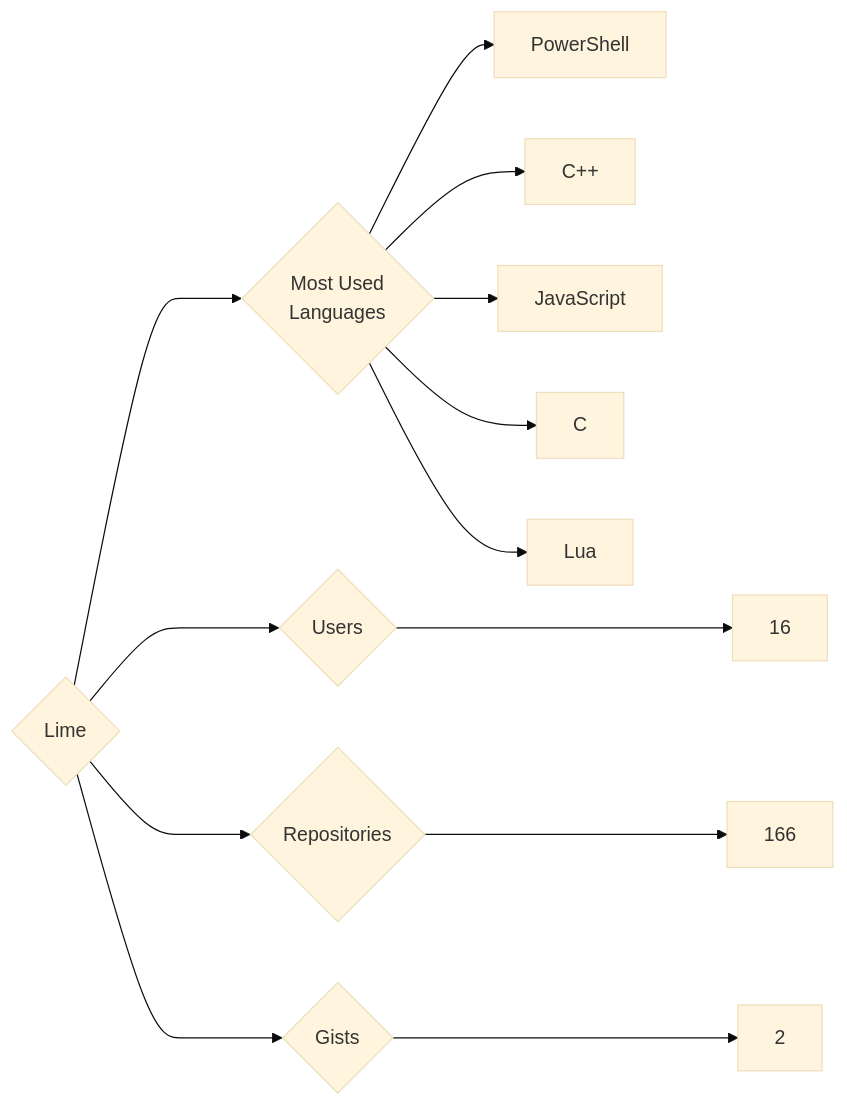
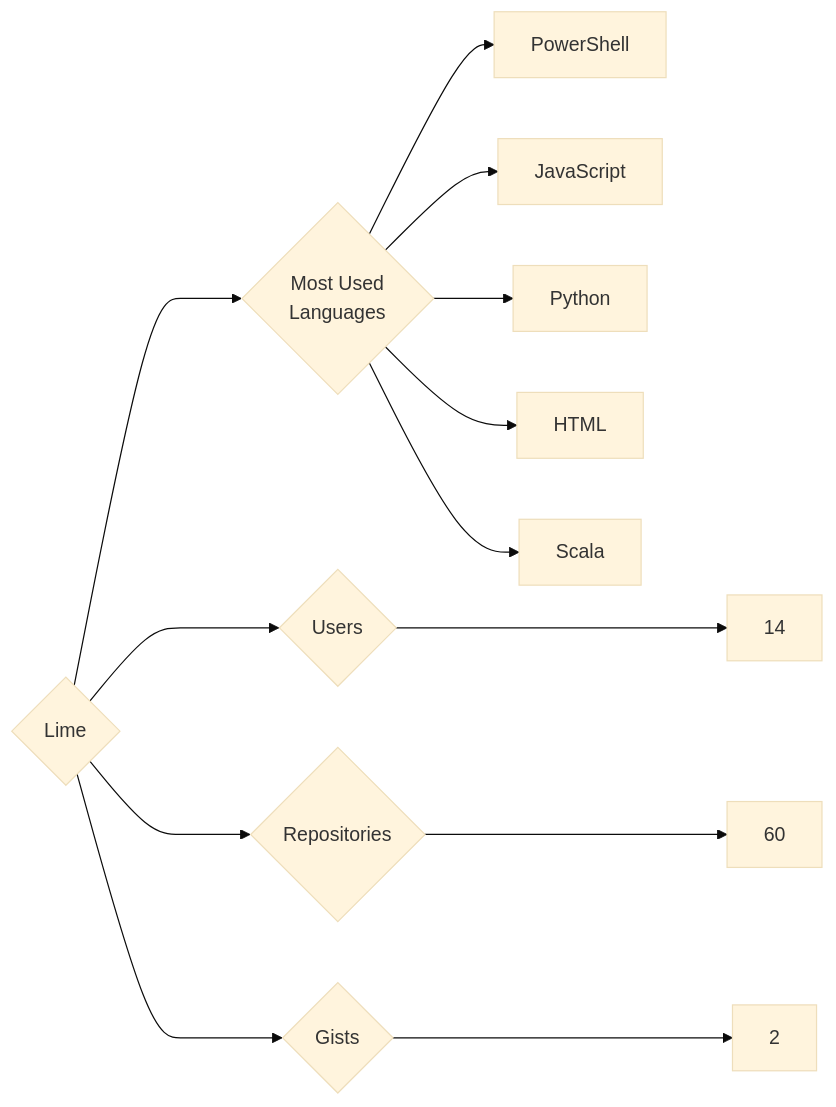
The diagram in targets/Lime/README.md (trickest/insiders), drawn with Mermaid (base theme) before and after one commit. The commit also changed 682 other files, not shown here.

````diff
--- a/targets/Lime/README.md
+++ b/targets/Lime/README.md
@@ -3,13 +3,13 @@
 ```mermaid
 graph LR
 COMPANY_NAME{Lime}
-COMPANY_NAME ---> U{Users} ---> UN[16]
-COMPANY_NAME ---> R{Repositories} ---> RN[166]
+COMPANY_NAME ---> U{Users} ---> UN[14]
+COMPANY_NAME ---> R{Repositories} ---> RN[60]
 COMPANY_NAME ---> G{Gists} ---> GN[2]
 COMPANY_NAME ---> ML{Most Used<br>Languages}
 ML --> PowerShell[PowerShell]
-ML --> C++[C++]
 ML --> JavaScript[JavaScript]
-ML --> C[C]
-ML --> Lua[Lua]
+ML --> Python[Python]
+ML --> HTML[HTML]
+ML --> Scala[Scala]
 ```
````
